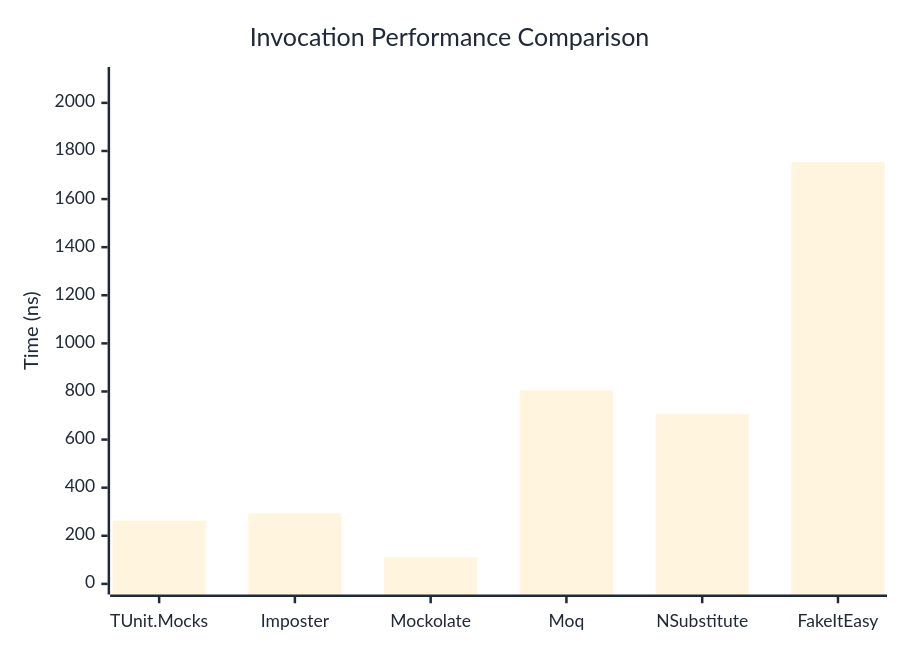
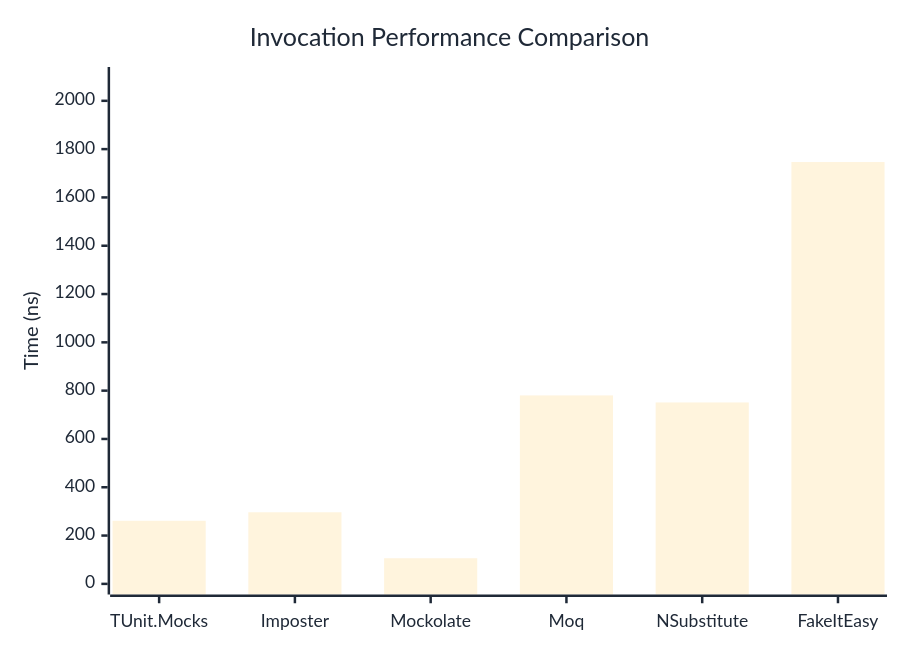
One commit to thomhurst/TUnit changed the first of 3 diagrams in docs/docs/benchmarks/mocks/Invocation.md. Above: the diagram before and after it, drawn with Mermaid. The commit also changed other lines of this file and 14 other files, not shown here.

````diff
--- a/docs/docs/benchmarks/mocks/Invocation.md
+++ b/docs/docs/benchmarks/mocks/Invocation.md
@@ -28,27 +28,27 @@
 ```mermaid
 %%{init: {
   'theme':'base',
   'themeVariables': {
     'primaryColor': '#2563eb',
     'primaryTextColor': '#1f2937',
     'primaryBorderColor': '#1e40af',
     'lineColor': '#6b7280',
     'secondaryColor': '#7c3aed',
     'tertiaryColor': '#dc2626',
     'background': '#ffffff',
     'pie1': '#2563eb',
     'pie2': '#7c3aed',
     'pie3': '#dc2626',
     'pie4': '#f59e0b',
     'pie5': '#10b981',
     'pie6': '#06b6d4',
     'pie7': '#ec4899',
     'pie8': '#6366f1'
   }
 }}%%
 xychart-beta
   title "Invocation Performance Comparison"
   x-axis ["TUnit.Mocks", "Imposter", "Mockolate", "Moq", "NSubstitute", "FakeItEasy"]
-  y-axis "Time (ns)" 0 --> 2105
-  bar [262.5, 293.31, 109.72, 804.58, 706.76, 1754.11]
+  y-axis "Time (ns)" 0 --> 2096
+  bar [261.2, 296.5, 106.1, 780.3, 751.2, 1746.5]
 ```
````
